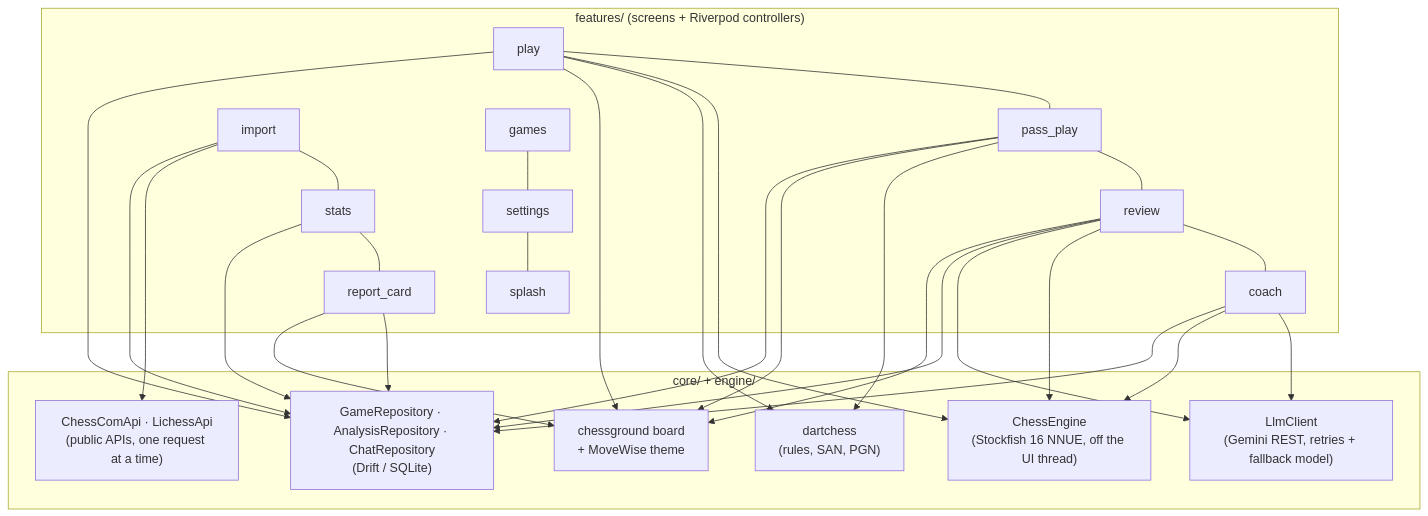
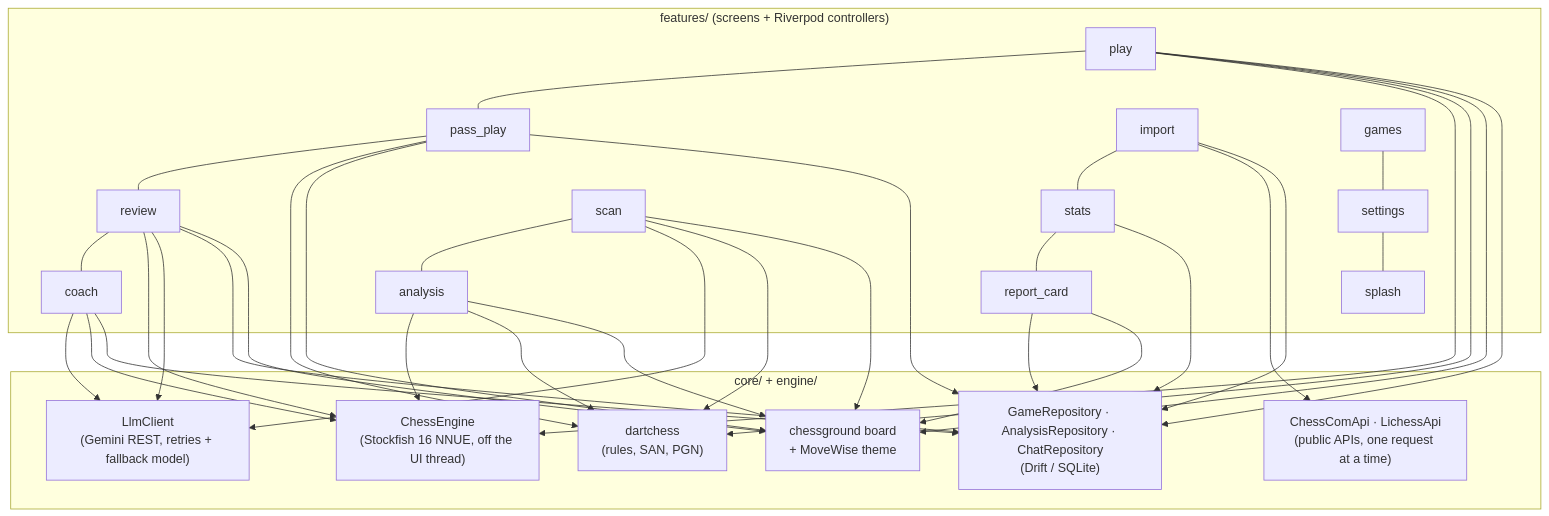
One commit to amitgp853/rooksight changed the first of 2 diagrams in README.md. Above: the diagram before and after it, drawn with Mermaid. The commit also changed other lines of this file and 79 other files, not shown here.

First line of the commit message:
Add Scan a board and the analysis board

````diff
--- a/README.md
+++ b/README.md
@@ -54,25 +56,28 @@
 ```mermaid
 flowchart TB
   subgraph UI["features/ (screens + Riverpod controllers)"]
     play[play] --- pass[pass_play] --- review[review] --- coach[coach]
     import[import] --- stats[stats] --- report[report_card]
     games[games] --- settings[settings] --- splash[splash]
+    scan[scan] --- analysis[analysis]
   end
 
   subgraph core["core/ + engine/"]
     engine["ChessEngine<br/>(Stockfish 16 NNUE, off the UI thread)"]
     llm["LlmClient<br/>(Gemini REST, retries + fallback model)"]
     chesscom["ChessComApi · LichessApi<br/>(public APIs, one request at a time)"]
     repo["GameRepository · AnalysisRepository · ChatRepository<br/>(Drift / SQLite)"]
     rules["dartchess<br/>(rules, SAN, PGN)"]
     board["chessground board<br/>+ MoveWise theme"]
   end
 
   play --> engine & rules & board & repo
   pass --> rules & board & repo
   review --> engine & llm & repo & board
   coach --> llm & engine & repo
   import --> chesscom & repo
   stats --> repo
   report --> repo & board
+  scan --> llm & rules & board
+  analysis --> engine & rules & board
 ```
````
